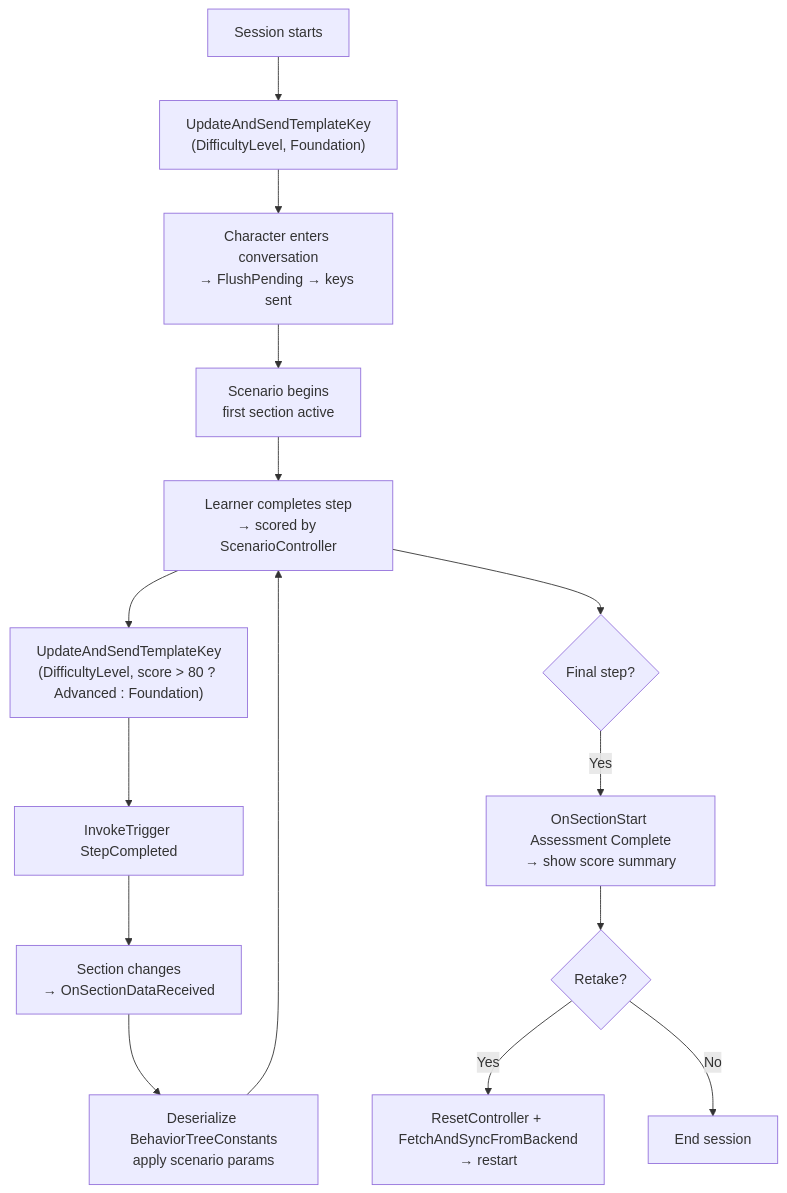
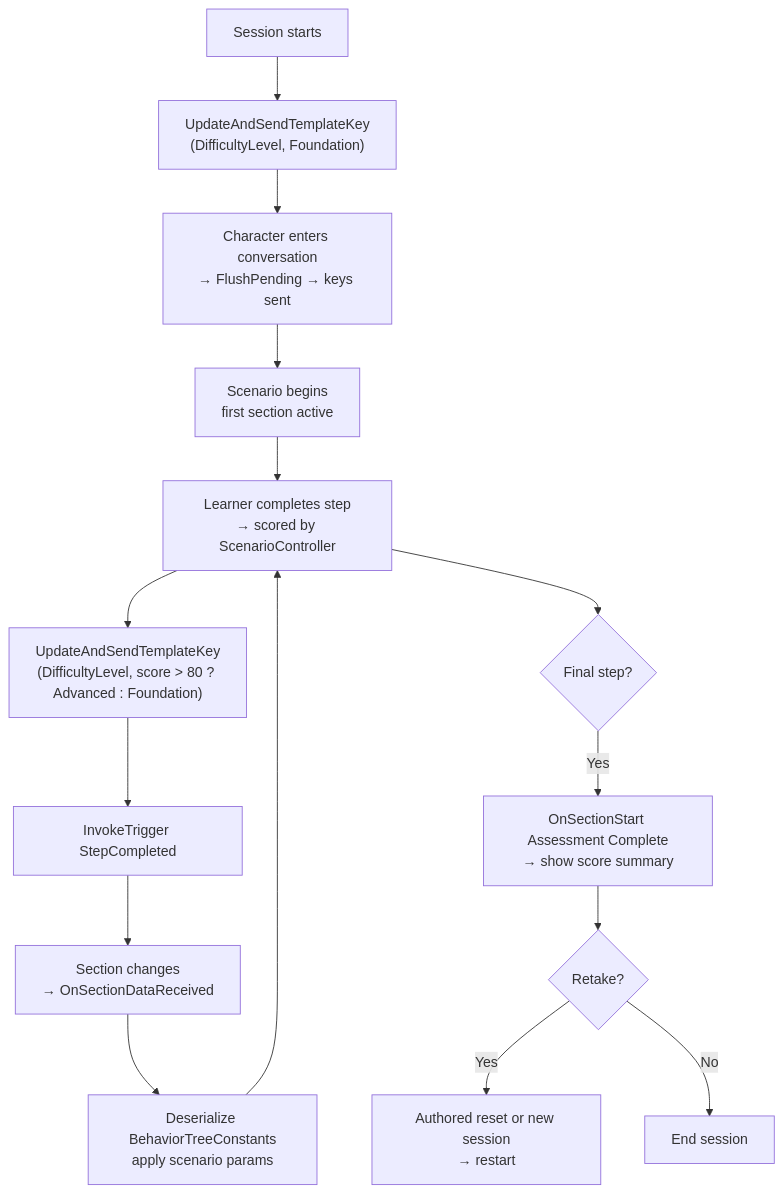
The diagram in plugins-and-integrations/convai-unity-sdk/features/narrative-design/usage-examples.md (Conv-AI/Convai-Documentation), drawn with Mermaid before and after one commit. The commit also changed other lines of this file and 21 other files, not shown here.

````diff
--- a/plugins-and-integrations/convai-unity-sdk/features/narrative-design/usage-examples.md
+++ b/plugins-and-integrations/convai-unity-sdk/features/narrative-design/usage-examples.md
@@ -182,17 +214,17 @@
 ```mermaid
 flowchart TD
     A[Session starts] --> B["UpdateAndSendTemplateKey\n(DifficultyLevel, Foundation)"]
     B --> C[Character enters conversation\n→ FlushPending → keys sent]
     C --> D[Scenario begins\nfirst section active]
     D --> E[Learner completes step\n→ scored by ScenarioController]
     E --> F["UpdateAndSendTemplateKey\n(DifficultyLevel, score > 80 ? Advanced : Foundation)"]
     F --> G[InvokeTrigger StepCompleted]
     G --> H[Section changes\n→ OnSectionDataReceived]
     H --> I[Deserialize BehaviorTreeConstants\napply scenario params]
     I --> E
     E --> J{Final step?}
     J -- Yes --> K[OnSectionStart Assessment Complete\n→ show score summary]
     K --> L{Retake?}
-    L -- Yes --> M[ResetController + FetchAndSyncFromBackend\n→ restart]
+    L -- Yes --> M[Authored reset or new session\n→ restart]
     L -- No --> N[End session]
 ```
````
